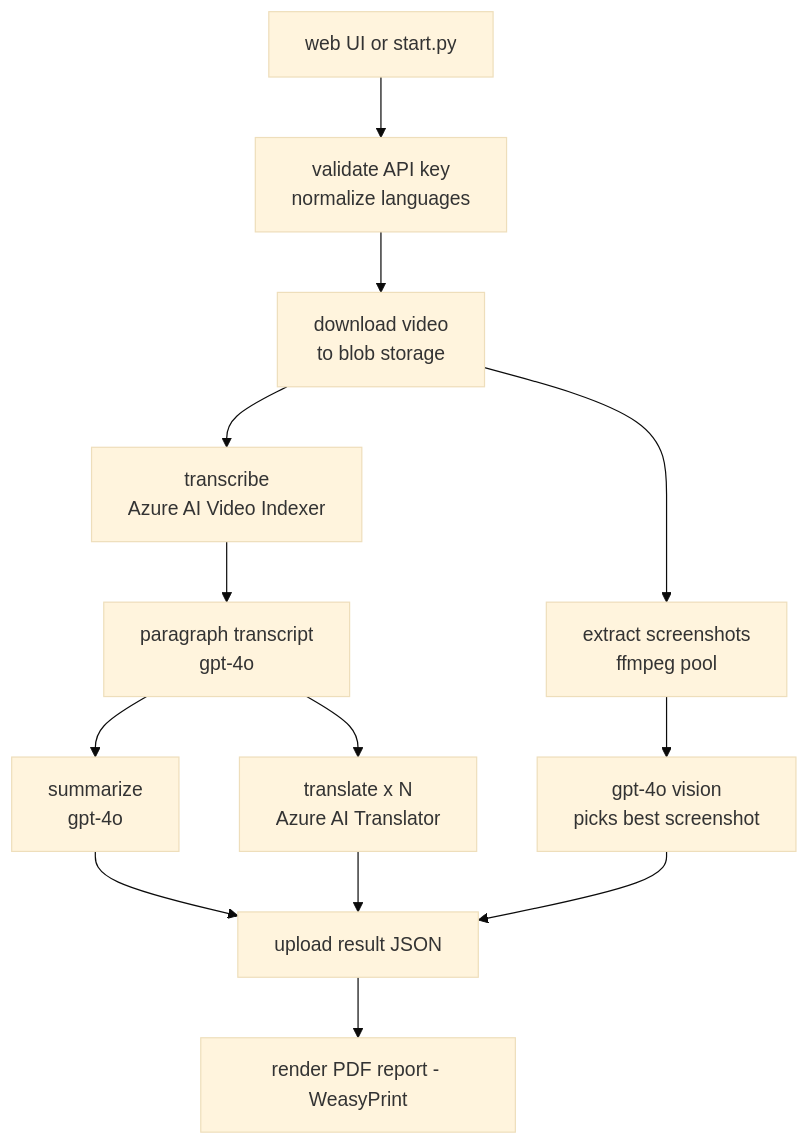
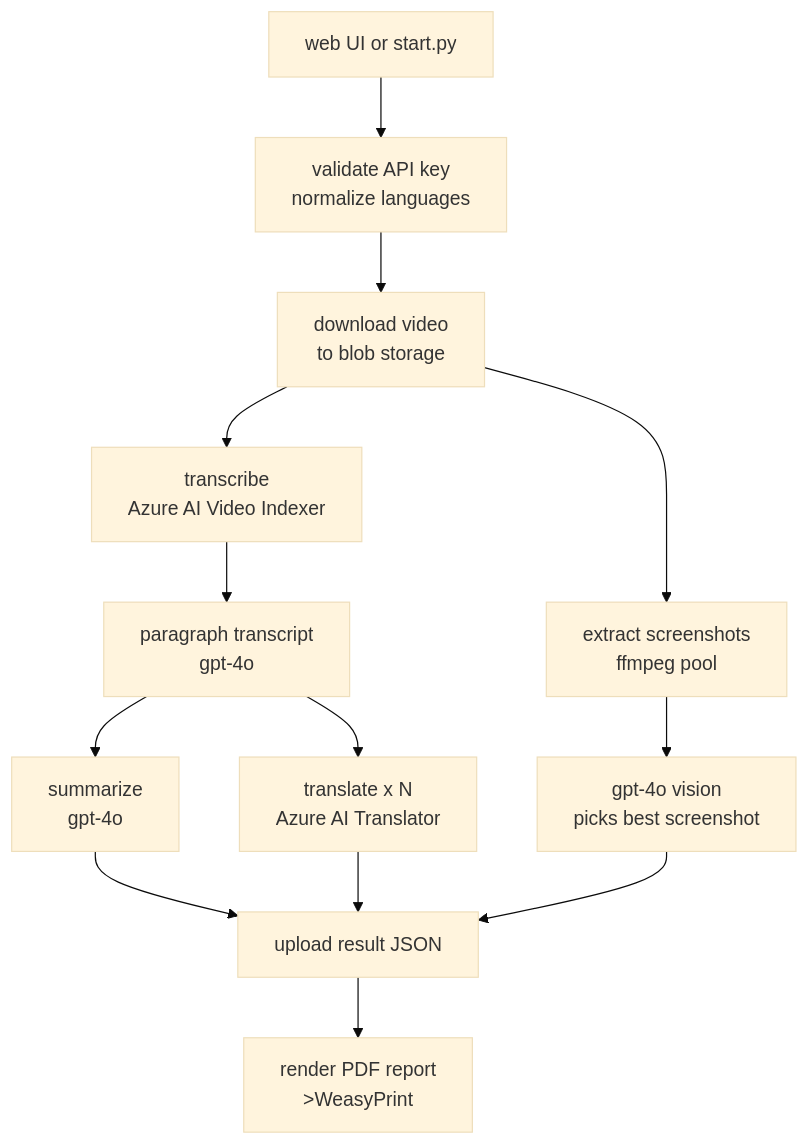
The first of 2 diagrams in README.md (chrisumbel/temporal-video-translator), drawn with Mermaid (base theme) before and after one commit. The commit also changed 1 other file, not shown here.

Commit message:
cleaed up some comments and newlines

````diff
--- a/README.md
+++ b/README.md
@@ -24,15 +24,15 @@
 ```mermaid
 flowchart TD
     submit[web UI or start.py ] --> validate[validate API key<br>normalize languages]
     validate --> download[download video<br>to blob storage]
     download --> transcribe[transcribe<br>Azure AI Video Indexer]
     download --> shots[extract screenshots<br>ffmpeg pool]
     shots --> pick[gpt-4o vision<br>picks best screenshot]
     transcribe --> para[paragraph transcript<br>gpt-4o]
     para --> summarize[summarize<br>gpt-4o]
     para --> translate[translate x N<br>Azure AI Translator]
     summarize --> upload[upload result JSON]
     translate --> upload
     pick --> upload
-    upload --> pdf[render PDF report - WeasyPrint]
+    upload --> pdf[render PDF report<br>>WeasyPrint]
 ```
````
